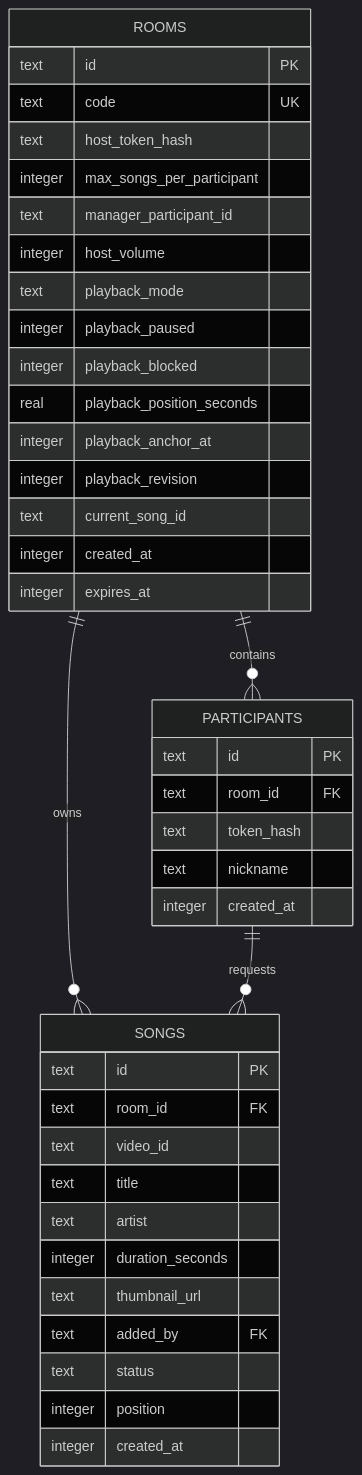
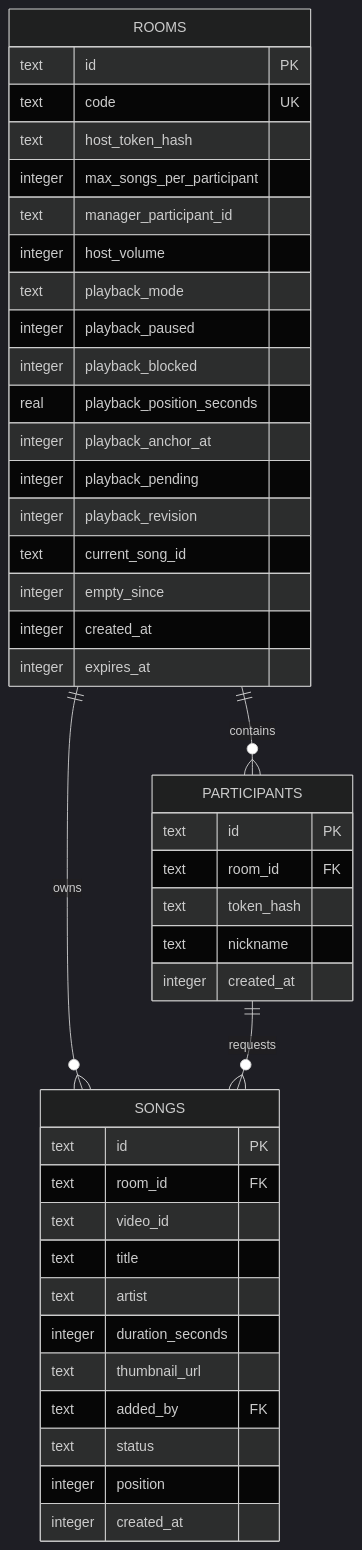
The first of 2 diagrams in docs/DATA_MODEL.md (whitekw/jukebox), drawn with Mermaid (dark theme) before and after one commit. The commit also changed other lines of this file and 19 other files, not shown here.

````diff
--- a/docs/DATA_MODEL.md
+++ b/docs/DATA_MODEL.md
@@ -7,46 +7,48 @@
 ```mermaid
 erDiagram
     ROOMS ||--o{ PARTICIPANTS : contains
     ROOMS ||--o{ SONGS : owns
     PARTICIPANTS ||--o{ SONGS : requests
 
     ROOMS {
         text id PK
         text code UK
         text host_token_hash
         integer max_songs_per_participant
         text manager_participant_id
         integer host_volume
         text playback_mode
         integer playback_paused
         integer playback_blocked
         real playback_position_seconds
         integer playback_anchor_at
+        integer playback_pending
         integer playback_revision
         text current_song_id
+        integer empty_since
         integer created_at
         integer expires_at
     }
 
     PARTICIPANTS {
         text id PK
         text room_id FK
         text token_hash
         text nickname
         integer created_at
     }
 
     SONGS {
         text id PK
         text room_id FK
         text video_id
         text title
         text artist
         integer duration_seconds
         text thumbnail_url
         text added_by FK
         text status
         integer position
         integer created_at
     }
 ```
````
